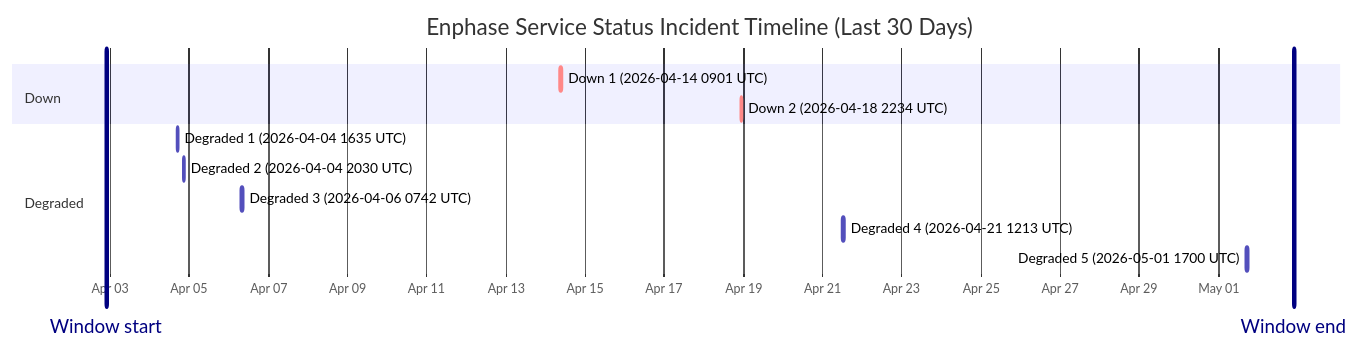
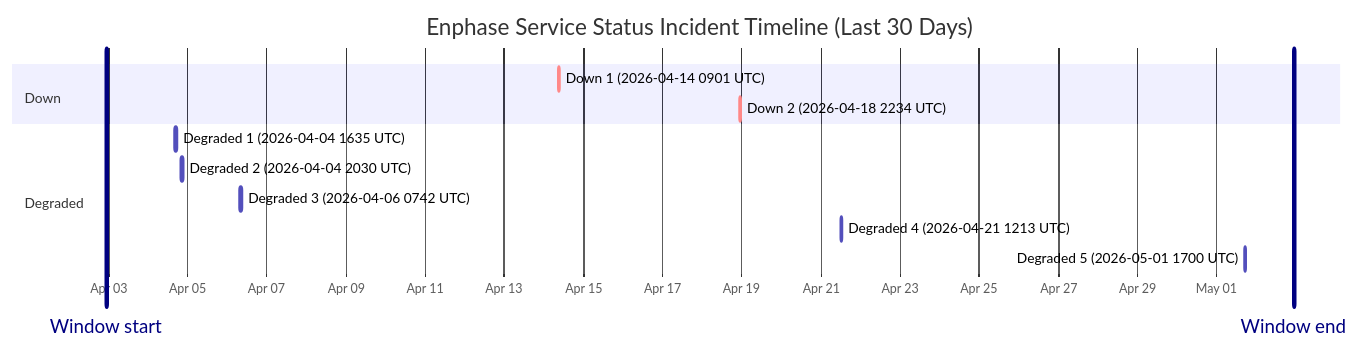
Before and after one commit to barneyonline/ha-enphase-ev-charger: the diagram in wiki/Service-Status-History.md, drawn with Mermaid. The commit also changed other lines of this file and 3 other files, not shown here.

````diff
--- a/wiki/Service-Status-History.md
+++ b/wiki/Service-Status-History.md
@@ -14,17 +14,17 @@
 ```mermaid
 gantt
     title Enphase Service Status Incident Timeline (Last 30 Days)
     dateFormat  YYYY-MM-DDTHH:mm:ss
     axisFormat  %b %d
-    Window start :vert, window-start, 2026-04-02T21:39:35, 0ms
-    Window end :vert, window-end, 2026-05-02T21:39:35, 0ms
+    Window start :vert, window-start, 2026-04-02T22:40:06, 0ms
+    Window end :vert, window-end, 2026-05-02T22:40:06, 0ms
     section Down
     Down 1 (2026-04-14 0901 UTC) :crit, down-1, 2026-04-14T09:01:13, 60m
     Down 2 (2026-04-18 2234 UTC) :crit, down-2, 2026-04-18T22:34:13, 60m
     section Degraded
     Degraded 1 (2026-04-04 1635 UTC) :active, degraded-1, 2026-04-04T16:35:17, 60m
     Degraded 2 (2026-04-04 2030 UTC) :active, degraded-2, 2026-04-04T20:30:40, 60m
     Degraded 3 (2026-04-06 0742 UTC) :active, degraded-3, 2026-04-06T07:42:09, 85m
     Degraded 4 (2026-04-21 1213 UTC) :active, degraded-4, 2026-04-21T12:13:11, 60m
     Degraded 5 (2026-05-01 1700 UTC) :active, degraded-5, 2026-05-01T17:00:22, 60m
 ```
````
